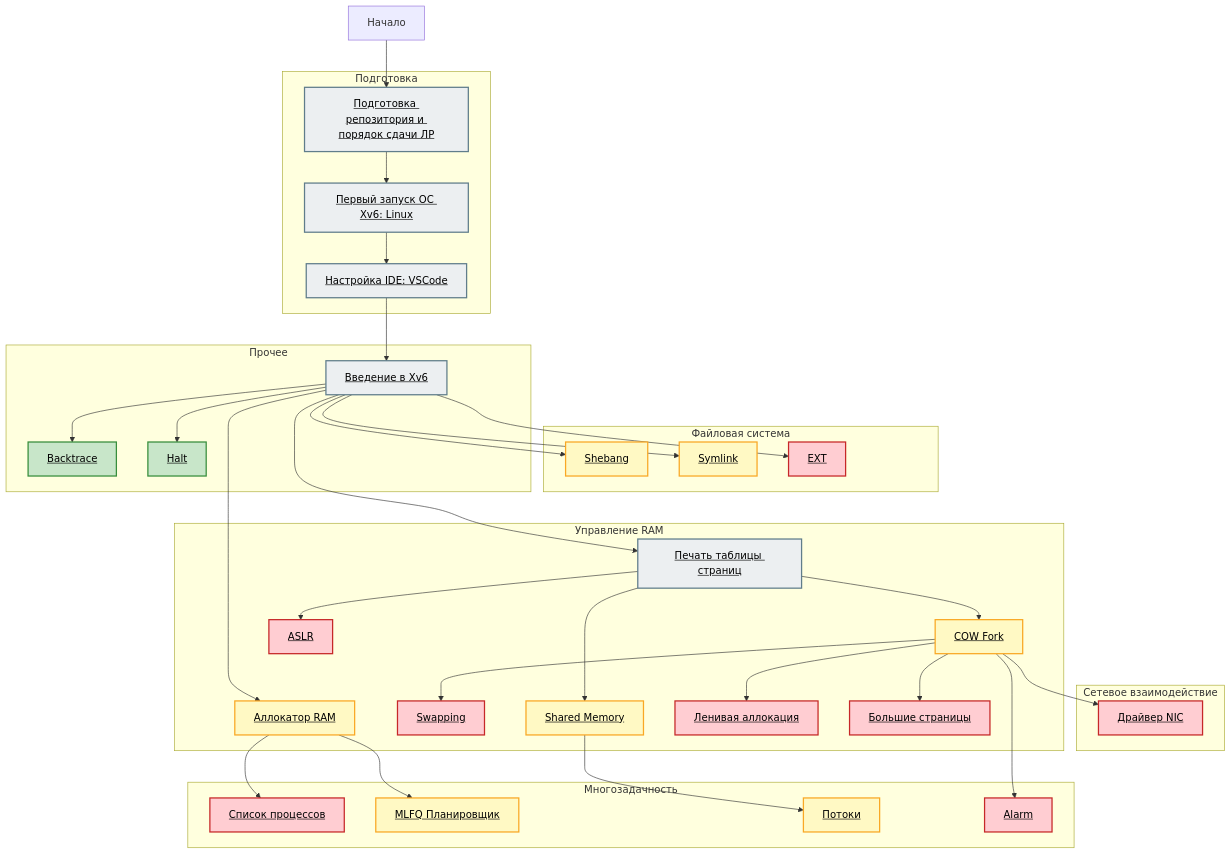
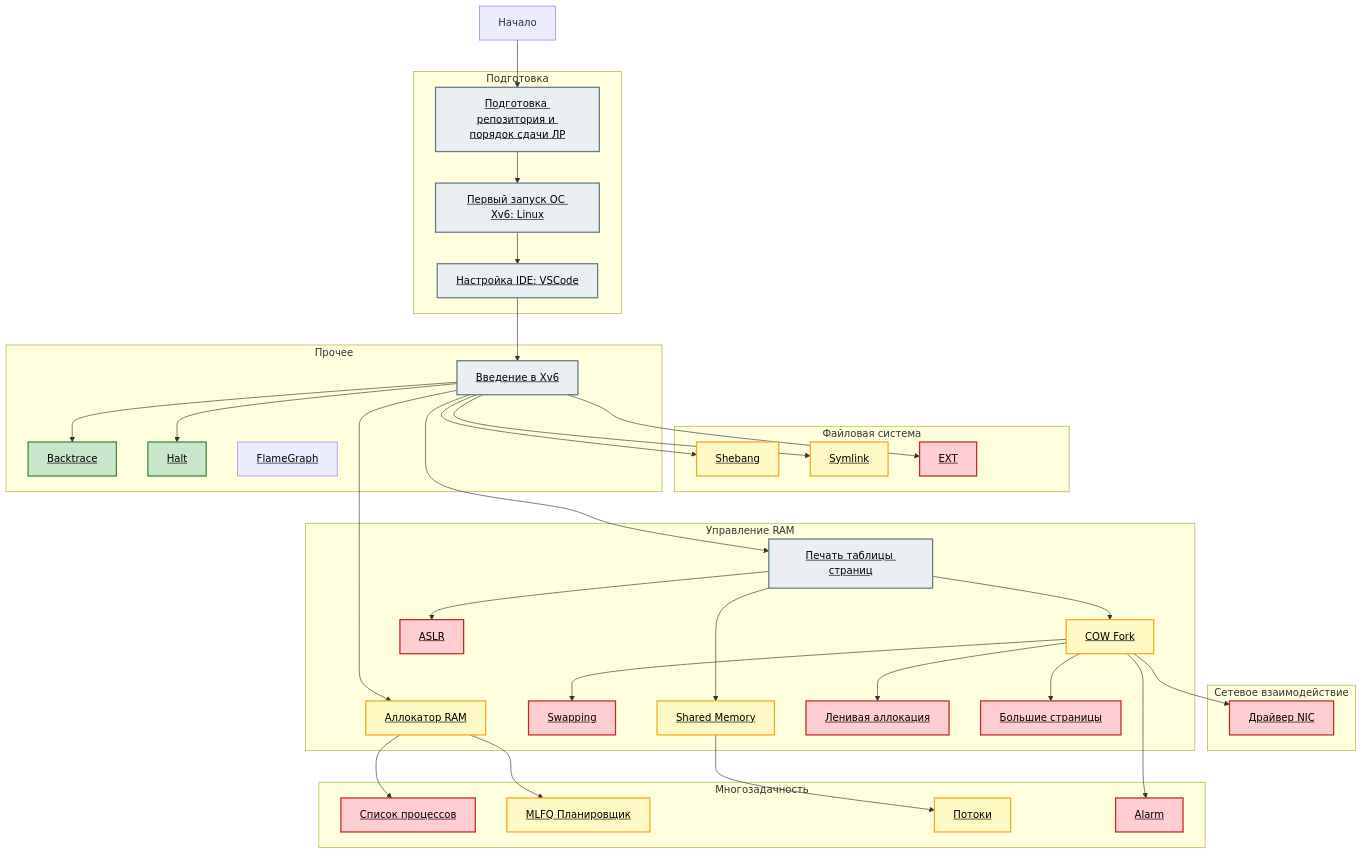
Before and after one commit to secs-dev/xv6-riscv: the diagram in README.md, drawn with Mermaid. The commit also changed 1 other file, not shown here.

Commit message:
flamegraph

```diff
--- a/README.md
+++ b/README.md
@@ -24,6 +24,7 @@
         intro["<a href='/doc/lab/intro.md' style='color:black;'>Введение в Xv6</a>"]
         backtrace["<a href='/doc/lab/backtrace.md' style='color:black;'>Backtrace</a>"]
         halt["<a href='/doc/lab/halt.md' style='color:black;'>Halt</a>"]
+        flamegraph["<a href='/doc/lab/flamegraph.md' style='color:black;'>FlameGraph</a>"]
     end
 
     subgraph mp ["Многозадачность"]
```
